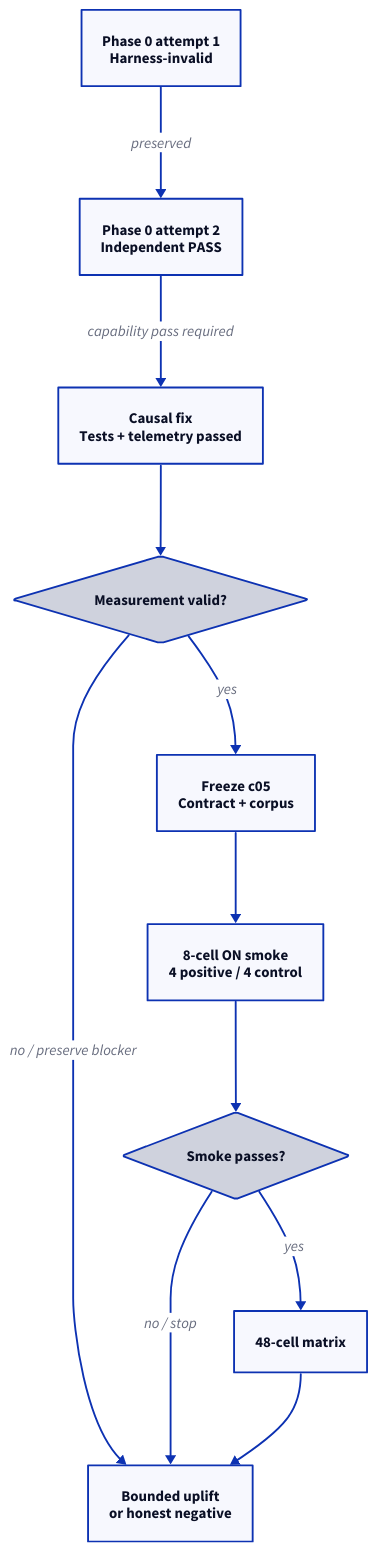
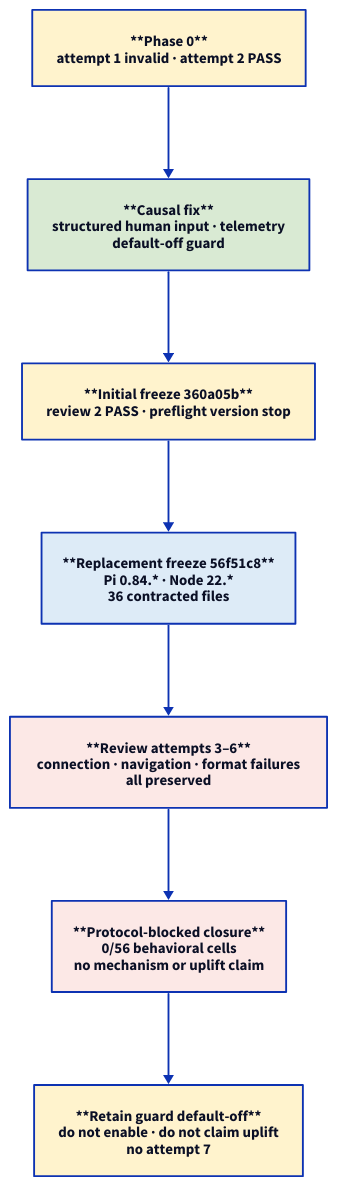
Before and after one commit to cgint/pi-ai-consortium: the diagram in docs/c05-status.d2, drawn with D2. The commit also changed 9 other files, not shown here.

Commit message:
docs: close c05 as protocol-blocked

```diff
--- a/docs/c05-status.d2
+++ b/docs/c05-status.d2
@@ -1,22 +1,11 @@
 direction: down
 
-compat: "Phase 0 attempt 1\nHarness-invalid"
-attempt2: "Phase 0 attempt 2\nIndependent PASS"
-causal: "Causal fix\nTests + telemetry passed"
-decision: "Measurement valid?" {shape: diamond}
-freeze: "Freeze c05\nContract + corpus"
-smoke: "8-cell ON smoke\n4 positive / 4 control"
-smoke_gate: "Smoke passes?" {shape: diamond}
-matrix: "48-cell matrix"
-closure: "Bounded uplift\nor honest negative"
+phase0: "**Phase 0**\nattempt 1 invalid · attempt 2 PASS" {style.fill: "#FFF3CD"}
+causal: "**Causal fix**\nstructured human input · telemetry\ndefault-off guard" {style.fill: "#D9EAD3"}
+initial: "**Initial freeze 360a05b**\nreview 2 PASS · preflight version stop" {style.fill: "#FFF3CD"}
+replacement: "**Replacement freeze 56f51c8**\nPi 0.84.* · Node 22.*\n36 contracted files" {style.fill: "#DDEBF7"}
+reviews: "**Review attempts 3–6**\nconnection · navigation · format failures\nall preserved" {style.fill: "#FCE8E6"}
+closure: "**Protocol-blocked closure**\n0/56 behavioral cells\nno mechanism or uplift claim" {style.fill: "#FCE8E6"}
+recommend: "**Retain guard default-off**\ndo not enable · do not claim uplift\nno attempt 7" {style.fill: "#FFF3CD"}
 
-compat -> attempt2: preserved
-attempt2 -> causal: capability pass required
-causal -> decision
-decision -> freeze: yes
-decision -> closure: no / preserve blocker
-freeze -> smoke
-smoke -> smoke_gate
-smoke_gate -> matrix: yes
-smoke_gate -> closure: no / stop
-matrix -> closure
+phase0 -> causal -> initial -> replacement -> reviews -> closure -> recommend
```
